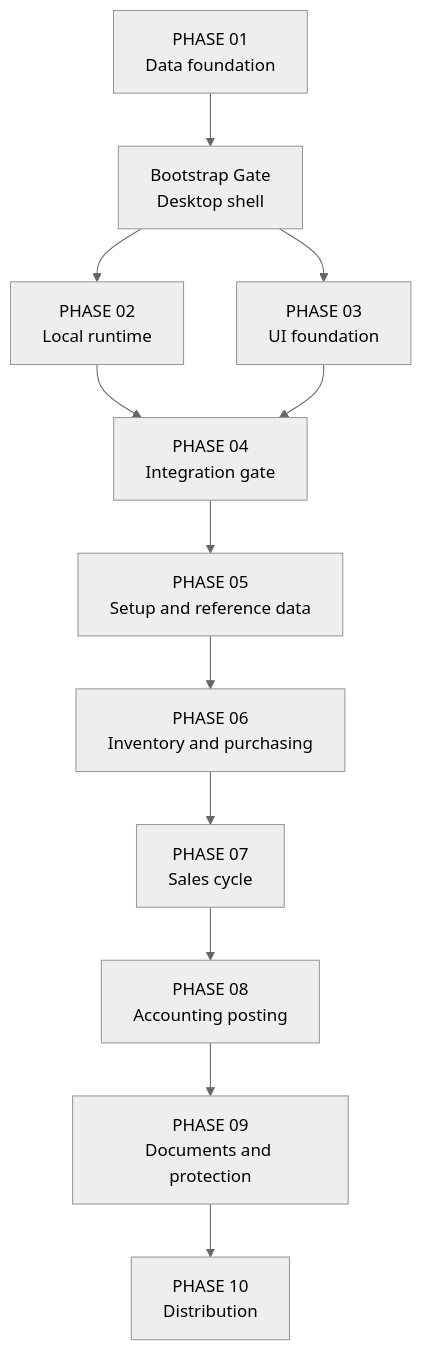
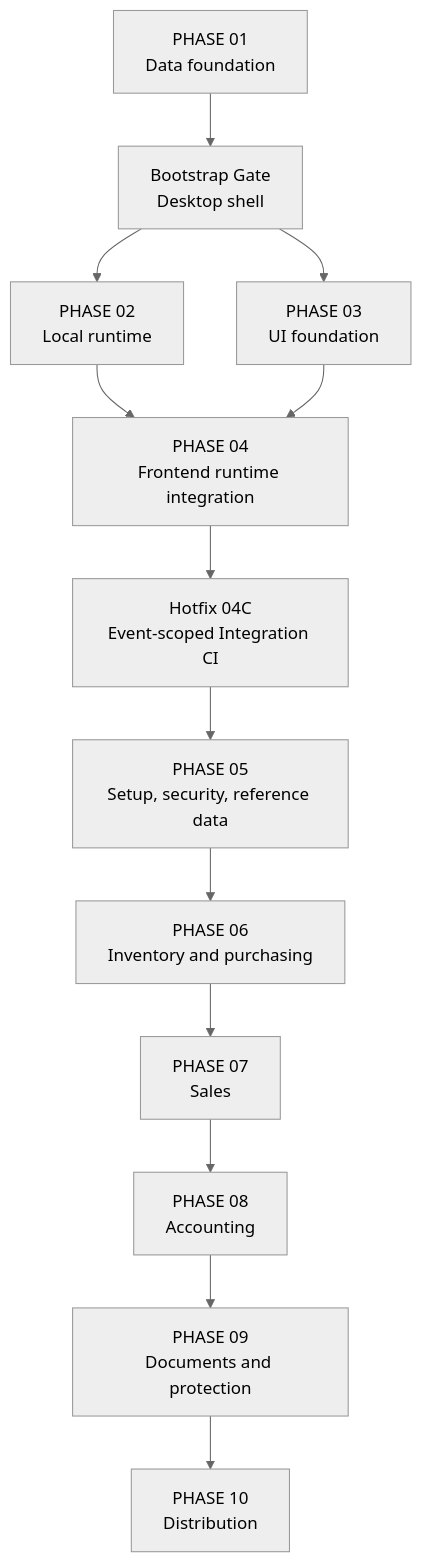
Before and after one commit to mohamed09090-xmd/posman-desktop: the diagram in docs/continuity/MASTER-ROADMAP-PHASES-01-10.md, drawn with Mermaid (neutral theme). The commit also changed other lines of this file, not shown here.

Commit message:
docs: advance roadmap through accepted PHASE 04

````diff
--- a/docs/continuity/MASTER-ROADMAP-PHASES-01-10.md
+++ b/docs/continuity/MASTER-ROADMAP-PHASES-01-10.md
@@ -37,14 +24,15 @@
 ```mermaid
 flowchart TD
     P01["PHASE 01<br/>Data foundation"] --> BG["Bootstrap Gate<br/>Desktop shell"]
     BG --> P02["PHASE 02<br/>Local runtime"]
     BG --> P03["PHASE 03<br/>UI foundation"]
-    P02 --> P04["PHASE 04<br/>Integration gate"]
+    P02 --> P04["PHASE 04<br/>Frontend runtime integration"]
     P03 --> P04
-    P04 --> P05["PHASE 05<br/>Setup and reference data"]
+    P04 --> H04C["Hotfix 04C<br/>Event-scoped Integration CI"]
+    H04C --> P05["PHASE 05<br/>Setup, security, reference data"]
     P05 --> P06["PHASE 06<br/>Inventory and purchasing"]
-    P06 --> P07["PHASE 07<br/>Sales cycle"]
-    P07 --> P08["PHASE 08<br/>Accounting posting"]
+    P06 --> P07["PHASE 07<br/>Sales"]
+    P07 --> P08["PHASE 08<br/>Accounting"]
     P08 --> P09["PHASE 09<br/>Documents and protection"]
     P09 --> P10["PHASE 10<br/>Distribution"]
 ```
````
